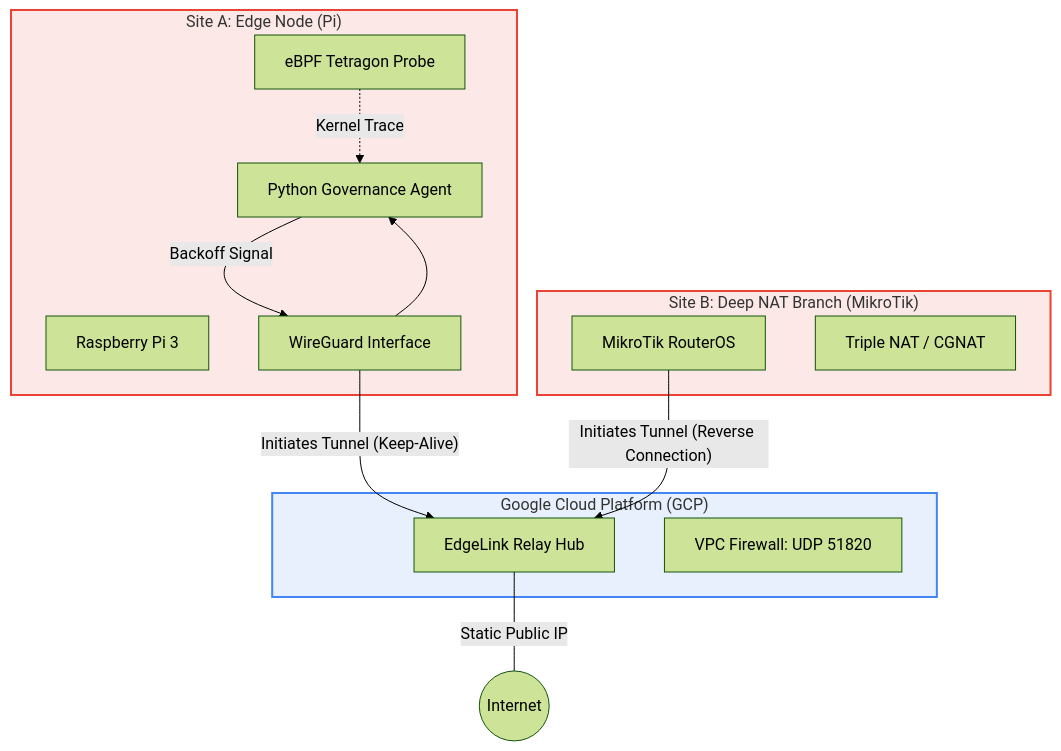
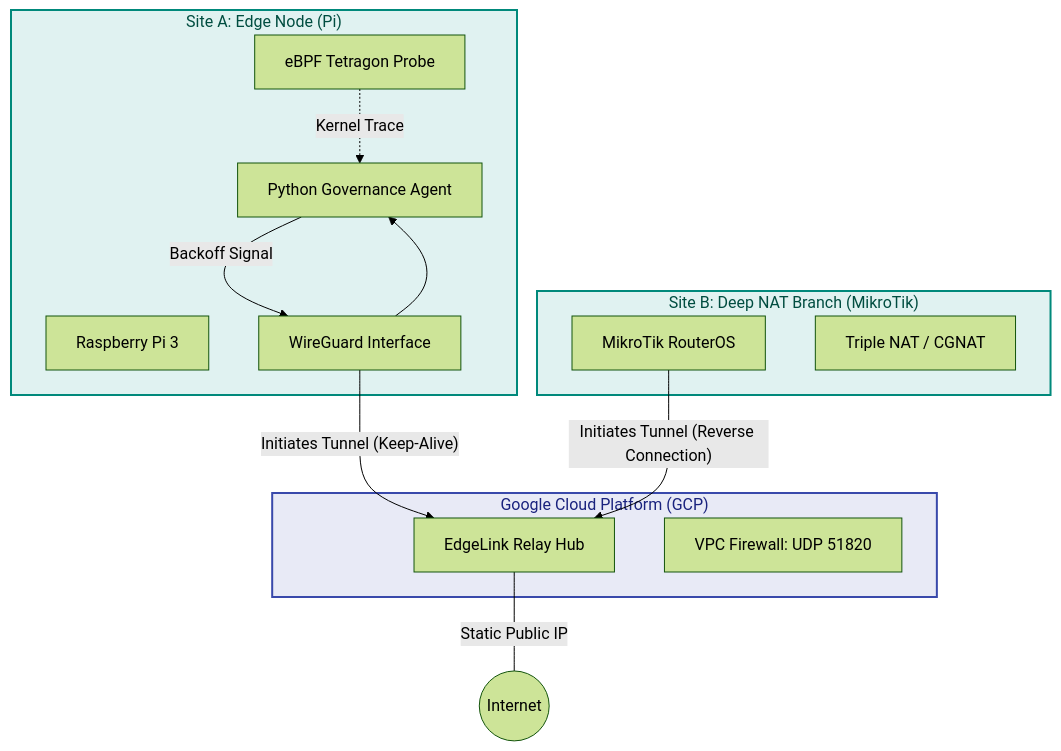
The diagram in README.md (SkySung/edgelink), drawn with Mermaid (forest theme) before and after one commit.

Commit message:
mermaid diagram color update for visualbility.

````diff
--- a/README.md
+++ b/README.md
@@ -14,35 +14,35 @@
 ```mermaid
 graph TD
     subgraph Cloud ["Google Cloud Platform (GCP)"]
         Hub[EdgeLink Relay Hub]
         Firewall[VPC Firewall: UDP 51820]
     end
 
     subgraph Site_A ["Site A: Edge Node (Pi)"]
         Pi[Raspberry Pi 3]
         Agent[Python Governance Agent]
         Tetragon[eBPF Tetragon Probe]
         WG_Client_A[WireGuard Interface]
     end
 
     subgraph Site_B ["Site B: Deep NAT Branch (MikroTik)"]
         Router[MikroTik RouterOS]
         NAT_Layers[Triple NAT / CGNAT]
     end
 
     %% Connections
     Hub ---|"Static Public IP"| Internet((Internet))
     
     WG_Client_A -->|"Initiates Tunnel (Keep-Alive)"| Hub
     Router -->|"Initiates Tunnel (Reverse Connection)"| Hub
     
     %% Internal Logic
     WG_Client_A --> Agent
     Tetragon -.->|"Kernel Trace"| Agent
     Agent -->|"Backoff Signal"| WG_Client_A
     
-    classDef cloud fill:#e8f0fe,stroke:#4285f4,stroke-width:2px;
-    classDef edge fill:#fce8e6,stroke:#ea4335,stroke-width:2px;
+    classDef cloud fill:#e8eaf6,stroke:#3949ab,stroke-width:2px,color:#1a237e;
+    classDef edge fill:#e0f2f1,stroke:#00897b,stroke-width:2px,color:#004d40;
     class Cloud cloud;
     class Site_A,Site_B edge;
 ```
````
